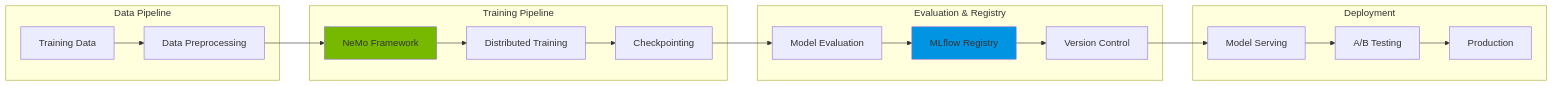
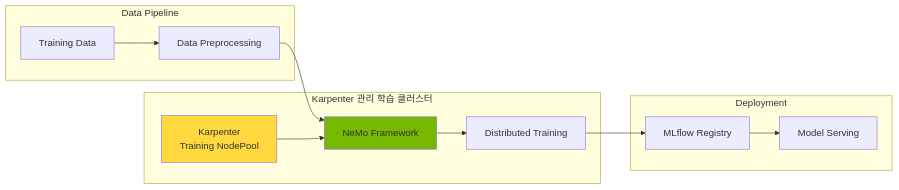
Before and after one commit to devfloor9/engineering-playbook: the eighth of 9 diagrams in docs/genai-aiml/agentic-ai-challenges.md, drawn with Mermaid. The commit also changed other lines of this file and 11 other files, not shown here.

````diff
--- a/docs/genai-aiml/agentic-ai-challenges.md
+++ b/docs/genai-aiml/agentic-ai-challenges.md
@@ -469,39 +791,28 @@
 ```mermaid
 graph LR
     subgraph "Data Pipeline"
         DATA["Training Data"]
         PREP["Data Preprocessing"]
     end
-    
-    subgraph "Training Pipeline"
+
+    subgraph "Karpenter 관리 학습 클러스터"
+        KARP["Karpenter<br/>Training NodePool"]
         NEMO["NeMo Framework"]
         DIST["Distributed Training"]
-        CKPT["Checkpointing"]
     end
-    
-    subgraph "Evaluation & Registry"
-        EVAL["Model Evaluation"]
+
+    subgraph "Deployment"
         MLFLOW["MLflow Registry"]
-        VER["Version Control"]
+        SERVE["Model Serving"]
     end
-    
-    subgraph "Deployment"
-        SERVE["Model Serving"]
-        AB["A/B Testing"]
-        PROD["Production"]
-    end
-    
+
     DATA --> PREP
     PREP --> NEMO
+    KARP --> NEMO
     NEMO --> DIST
-    DIST --> CKPT
-    CKPT --> EVAL
-    EVAL --> MLFLOW
-    MLFLOW --> VER
-    VER --> SERVE
-    SERVE --> AB
-    AB --> PROD
-    
+    DIST --> MLFLOW
+    MLFLOW --> SERVE
+
+    style KARP fill:#ffd93d
     style NEMO fill:#76b900
-    style MLFLOW fill:#0194e2
 ```
````
